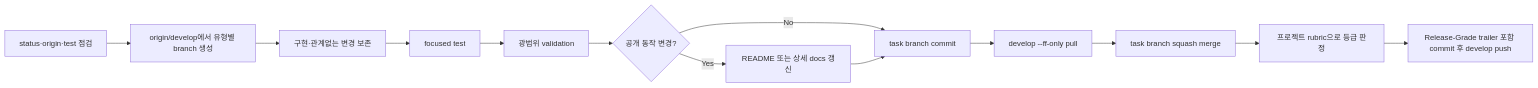
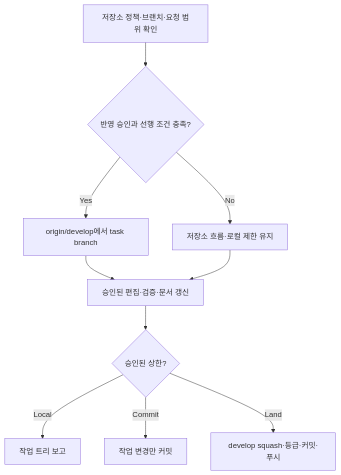
Before and after one commit to 0x0w1/jig: the diagram in docs/ko/skills/develop-task-flow.md, drawn with Mermaid. The commit also changed other lines of this file and 71 other files, not shown here.

````diff
--- a/docs/ko/skills/develop-task-flow.md
+++ b/docs/ko/skills/develop-task-flow.md
@@ -26,15 +34,12 @@
 ```mermaid
-flowchart LR
-    Inspect[status·origin·test 점검] --> Branch[origin/develop에서 유형별 branch 생성]
-    Branch --> Implement[구현·관계없는 변경 보존]
-    Implement --> Focused[focused test]
-    Focused --> Broad[광범위 validation]
-    Broad --> Docs{공개 동작 변경?}
-    Docs -- Yes --> UpdateDocs[README 또는 상세 docs 갱신]
-    Docs -- No --> Commit[task branch commit]
-    UpdateDocs --> Commit
-    Commit --> Refresh[develop --ff-only pull]
-    Refresh --> Squash[task branch squash merge]
-    Squash --> Grade[프로젝트 rubric으로 등급 판정]
-    Grade --> Push[Release-Grade trailer 포함 commit 후 develop push]
+flowchart TD
+    Inspect[저장소 정책·브랜치·요청 범위 확인] --> Land{반영 승인과 선행 조건 충족?}
+    Land -- Yes --> Branch[origin/develop에서 task branch]
+    Land -- No --> Local[저장소 흐름·로컬 제한 유지]
+    Branch --> Work[승인된 편집·검증·문서 갱신]
+    Local --> Work
+    Work --> Scope{승인된 상한?}
+    Scope -- Local --> Report[작업 트리 보고]
+    Scope -- Commit --> Commit[작업 변경만 커밋]
+    Scope -- Land --> Squash[develop squash·등급·커밋·푸시]
 ```
````
